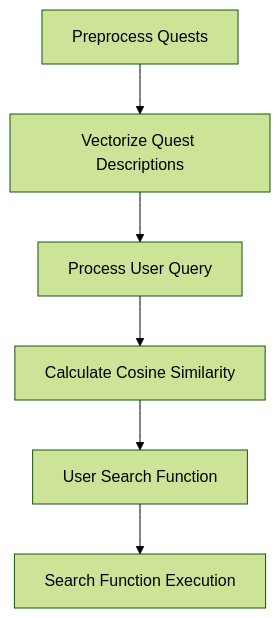
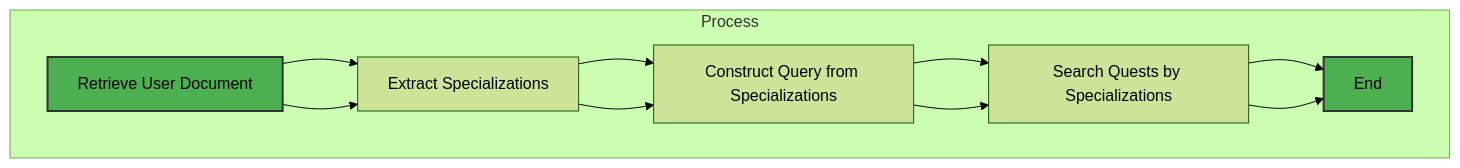
One commit to rohitkori/Digital-Community-Platform changed the first of 2 diagrams in README.md. Above: the diagram before and after it, drawn with Mermaid (forest theme). The commit also changed other lines of this file, not shown here.

````diff
--- a/README.md
+++ b/README.md
@@ -39,8 +39,17 @@
 ```mermaid
 graph TD
-    F[Preprocess Quests] --> G[Vectorize Quest Descriptions]
-    G --> H[Process User Query]
-    H --> I[Calculate Cosine Similarity]
-    I --> J[User Search Function]
-    J --> K[Search Function Execution]
+    A[Retrieve User Document] --> B[Extract Specializations]
+    B --> C[Construct Query from Specializations]
+    C --> D[Search Quests by Specializations]
+    D --> E[End]
+
+    subgraph Process
+        A --> B
+        B --> C
+        C --> D
+        D --> E
+    end
+
+    style A fill:#4CAF50,stroke:#333,stroke-width:2px;
+    style E fill:#4CAF50,stroke:#333,stroke-width:2px;
 ```
````
